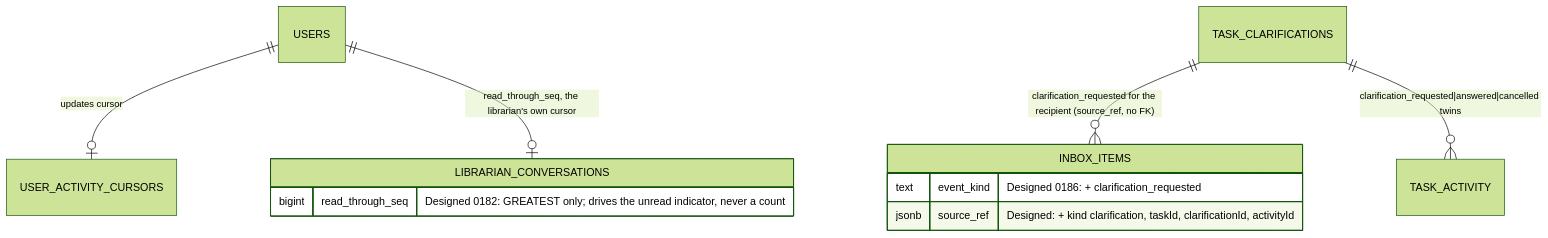
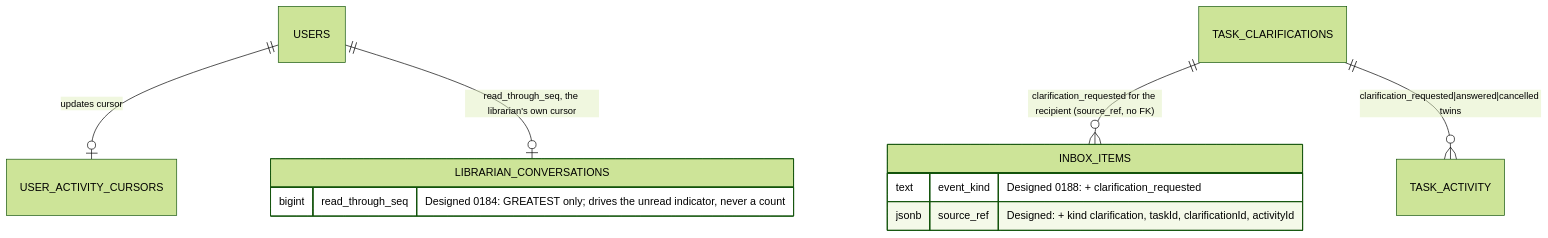
Before and after one commit to maister-dev/maister: the second of 2 diagrams in docs/db/attention-domain.md, drawn with Mermaid (forest theme). The commit also changed other lines of this file and 171 other files, not shown here.

````diff
--- a/docs/db/attention-domain.md
+++ b/docs/db/attention-domain.md
@@ -86,16 +86,16 @@
 ```mermaid
 erDiagram
     USERS ||--o| USER_ACTIVITY_CURSORS : "updates cursor"
     USERS ||--o| LIBRARIAN_CONVERSATIONS : "read_through_seq, the librarian's own cursor"
     TASK_CLARIFICATIONS ||--o{ INBOX_ITEMS : "clarification_requested for the recipient (source_ref, no FK)"
     TASK_CLARIFICATIONS ||--o{ TASK_ACTIVITY : "clarification_requested|answered|cancelled twins"
 
     INBOX_ITEMS {
-        text event_kind "Designed 0186: + clarification_requested"
+        text event_kind "Designed 0188: + clarification_requested"
         jsonb source_ref "Designed: + kind clarification, taskId, clarificationId, activityId"
     }
 
     LIBRARIAN_CONVERSATIONS {
-        bigint read_through_seq "Designed 0182: GREATEST only; drives the unread indicator, never a count"
+        bigint read_through_seq "Designed 0184: GREATEST only; drives the unread indicator, never a count"
     }
 ```
````
